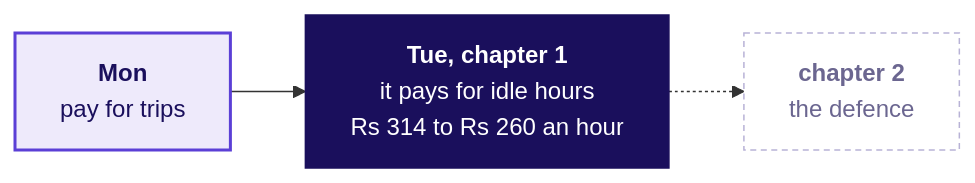
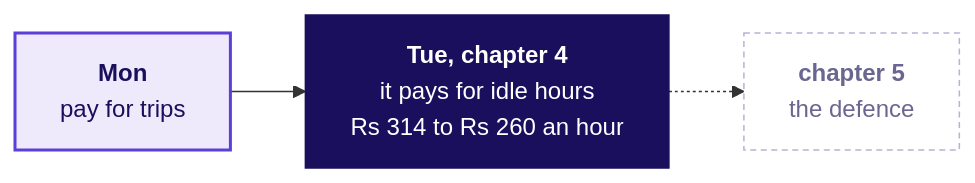
Before and after one commit to fde-academy-lab/c2-content-factory: the eighth of 10 diagrams in content/W04/D2/slides/C2_W04_D02_half1_STUDENT.md, drawn with Mermaid. The commit also changed other lines of this file and 5 other files, not shown here.

````diff
--- a/content/W04/D2/slides/C2_W04_D02_half1_STUDENT.md
+++ b/content/W04/D2/slides/C2_W04_D02_half1_STUDENT.md
@@ -408,11 +1029,11 @@
 ```mermaid
 flowchart LR
-    M["<b>Mon</b><br/>pay for trips"] --> T["<b>Tue, chapter 1</b><br/>it pays for idle hours<br/>Rs 314 to Rs 260 an hour"]
-    T -.-> N["<b>chapter 2</b><br/>the defence"]
+    M["<b>Mon</b><br/>pay for trips"] --> T["<b>Tue, chapter 4</b><br/>it pays for idle hours<br/>Rs 314 to Rs 260 an hour"]
+    T -.-> N["<b>chapter 5</b><br/>the defence"]
     classDef known fill:#EEEAFB,stroke:#5B3FD6,color:#1A0F5C,stroke-width:2px
     classDef lit fill:#1A0F5C,stroke:#1A0F5C,color:#FFFFFF
     classDef unknown fill:#FFFFFF,stroke:#B8B2D6,color:#6B6690,stroke-dasharray:4 3
     class M known
     class T lit
     class N unknown
 ```
````
